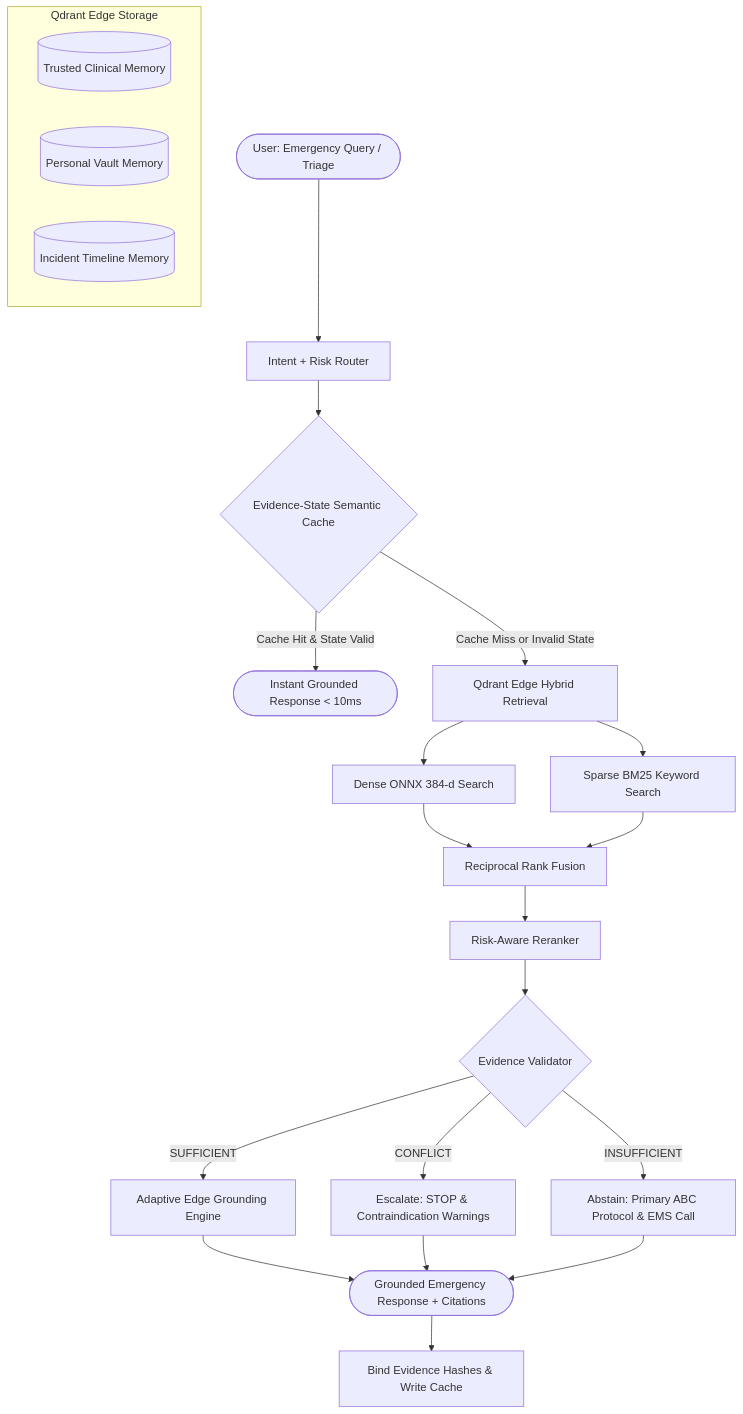
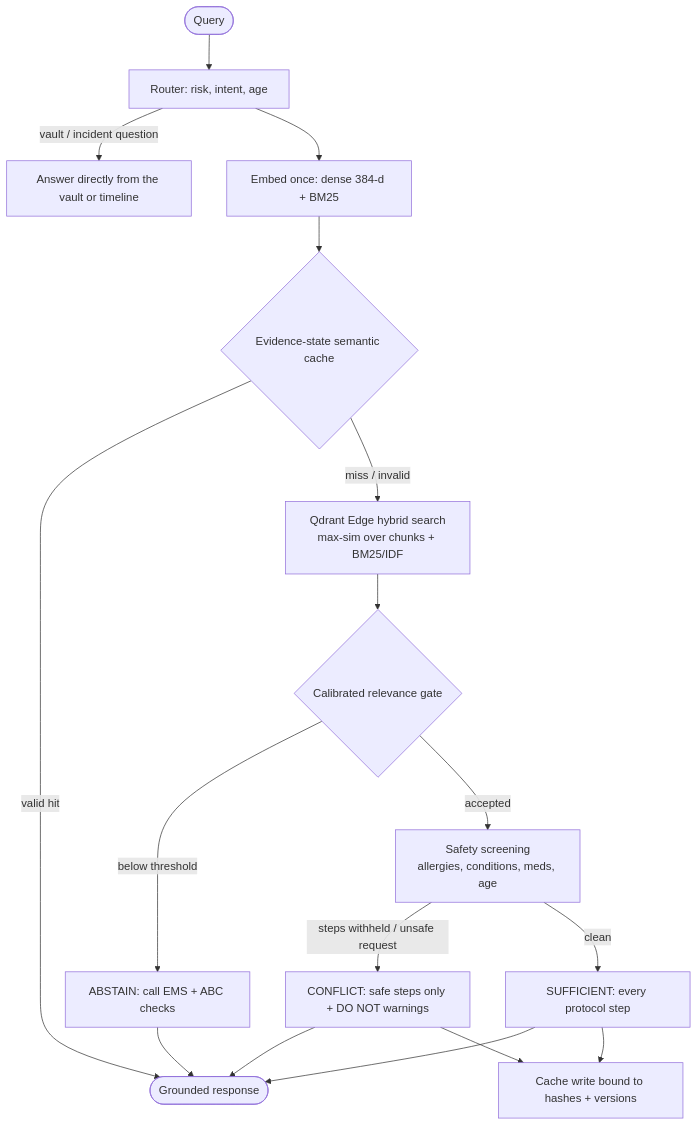
The first of 2 diagrams in docs/ARCHITECTURE.md (PareekshithPalat/LIFELINE), drawn with Mermaid before and after one commit. The commit also changed other lines of this file and 153 other files, not shown here.

````diff
--- a/docs/ARCHITECTURE.md
+++ b/docs/ARCHITECTURE.md
@@ -16,31 +24,19 @@
 ```mermaid
 flowchart TD
-    User([User: Emergency Query / Triage]) --> Router[Intent + Risk Router]
-    Router --> Cache{Evidence-State Semantic Cache}
-    
-    Cache -- Cache Hit & State Valid --> FastResp([Instant Grounded Response < 10ms])
-    Cache -- Cache Miss or Invalid State --> Hybrid[Qdrant Edge Hybrid Retrieval]
-    
-    subgraph QdrantEdge [Qdrant Edge Storage]
-        T1[(Trusted Clinical Memory)]
-        T2[(Personal Vault Memory)]
-        T3[(Incident Timeline Memory)]
-    end
-    
-    Hybrid --> Dense[Dense ONNX 384-d Search]
-    Hybrid --> Sparse[Sparse BM25 Keyword Search]
-    
-    Dense & Sparse --> RRF[Reciprocal Rank Fusion]
-    RRF --> Reranker[Risk-Aware Reranker]
-    Reranker --> Validator{Evidence Validator}
-    
-    Validator -- SUFFICIENT --> SLM[Adaptive Edge Grounding Engine]
-    Validator -- CONFLICT --> Escalation[Escalate: STOP & Contraindication Warnings]
-    Validator -- INSUFFICIENT --> Abstain[Abstain: Primary ABC Protocol & EMS Call]
-    
-    SLM --> Grounded([Grounded Emergency Response + Citations])
-    Escalation --> Grounded
-    Abstain --> Grounded
-    
-    Grounded --> CacheWrite[Bind Evidence Hashes & Write Cache]
+    Q([Query]) --> R[Router: risk, intent, age]
+    R -->|vault / incident question| M[Answer directly from the vault or timeline]
+    R --> E[Embed once: dense 384-d + BM25]
+    E --> C{Evidence-state semantic cache}
+    C -- valid hit --> OUT([Grounded response])
+    C -- miss / invalid --> H[Qdrant Edge hybrid search<br/>max-sim over chunks + BM25/IDF]
+    H --> G{Calibrated relevance gate}
+    G -- below threshold --> A[ABSTAIN: call EMS + ABC checks]
+    G -- accepted --> S[Safety screening<br/>allergies, conditions, meds, age]
+    S -- steps withheld / unsafe request --> X[CONFLICT: safe steps only + DO NOT warnings]
+    S -- clean --> V[SUFFICIENT: every protocol step]
+    X --> OUT
+    V --> OUT
+    A --> OUT
+    V --> W[Cache write bound to hashes + versions]
+    X --> W
 ```
````
